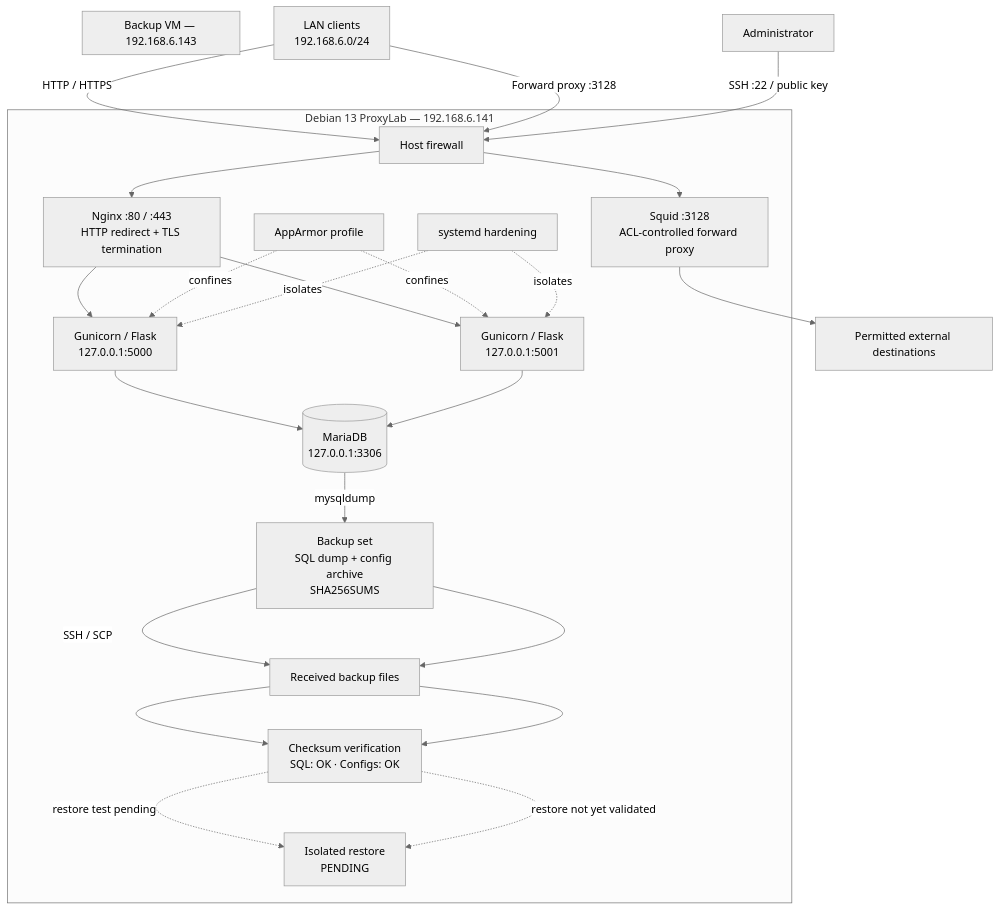
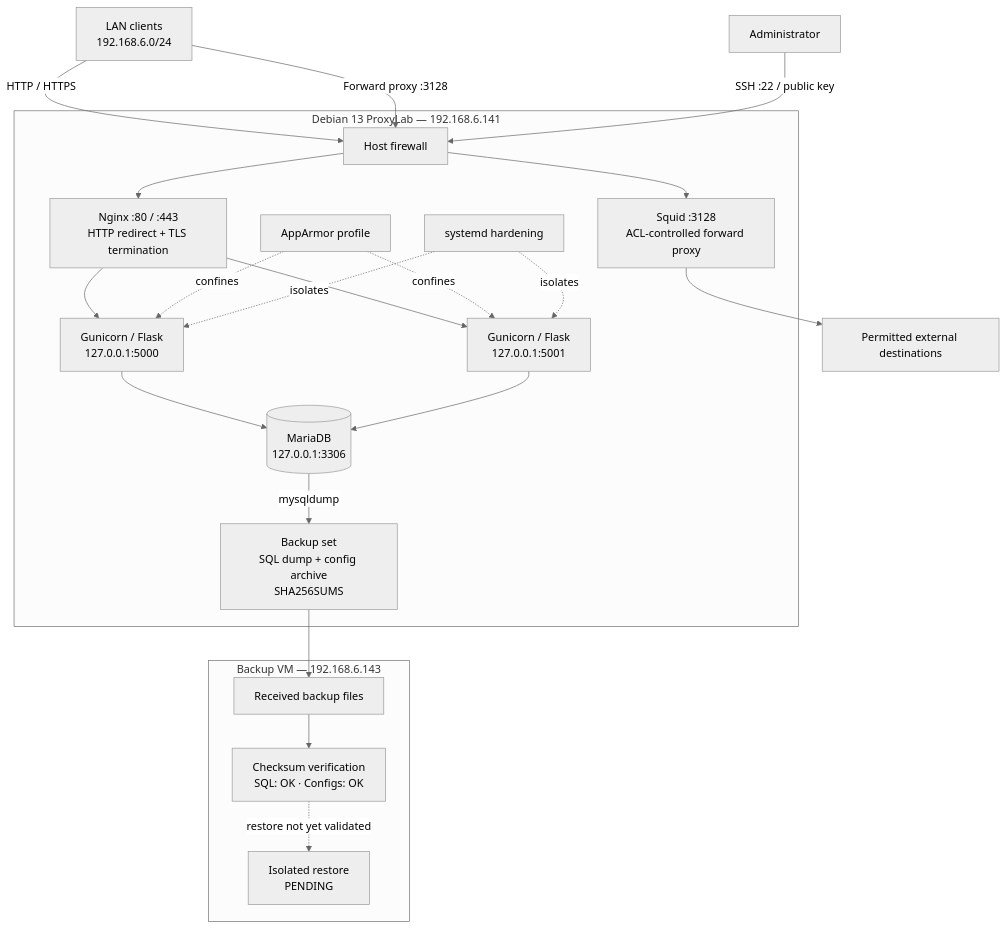
The first of 4 diagrams in docs/architecture/README.md (Rash499/ProxyLab), drawn with Mermaid (neutral theme) before and after one commit.

Commit message:
Simplify main backup architecture flow

````diff
--- a/docs/architecture/README.md
+++ b/docs/architecture/README.md
@@ -7,31 +7,28 @@
 ```mermaid
 flowchart TB
   Client["LAN clients<br/>192.168.6.0/24"] -->|"HTTP / HTTPS"| FW["Host firewall"]
   Client -->|"Forward proxy :3128"| FW
   Admin["Administrator"] -->|"SSH :22 / public key"| FW
   subgraph VM["Debian 13 ProxyLab — 192.168.6.141"]
     FW --> N["Nginx :80 / :443<br/>HTTP redirect + TLS termination"]
     FW --> S["Squid :3128<br/>ACL-controlled forward proxy"]
     N --> B1["Gunicorn / Flask<br/>127.0.0.1:5000"]
     N --> B2["Gunicorn / Flask<br/>127.0.0.1:5001"]
     B1 --> DB[("MariaDB<br/>127.0.0.1:3306")]
     B2 --> DB
     AA["AppArmor profile"] -. confines .-> B1
     AA -. confines .-> B2
     SD["systemd hardening"] -. isolates .-> B1
     SD -. isolates .-> B2
     DB -->|"mysqldump"| BK["Backup set<br/>SQL dump + config archive<br/>SHA256SUMS"]
-    BK -->|"SSH / SCP"| DST["Backup VM<br/>192.168.6.143"]
-    DST --> VERIFY["Checksums verified"]
-    VERIFY -. "restore test pending" .-> RESTORE["Isolated restore"]
   end
   S --> Internet["Permitted external destinations"]
   subgraph Recovery["Backup VM — 192.168.6.143"]
     DST["Received backup files"]
     VERIFY["Checksum verification<br/>SQL: OK · Configs: OK"]
     RESTORE["Isolated restore<br/>PENDING"]
     DST --> VERIFY
     VERIFY -. "restore not yet validated" .-> RESTORE
   end
   BK --> DST
 ```
````
